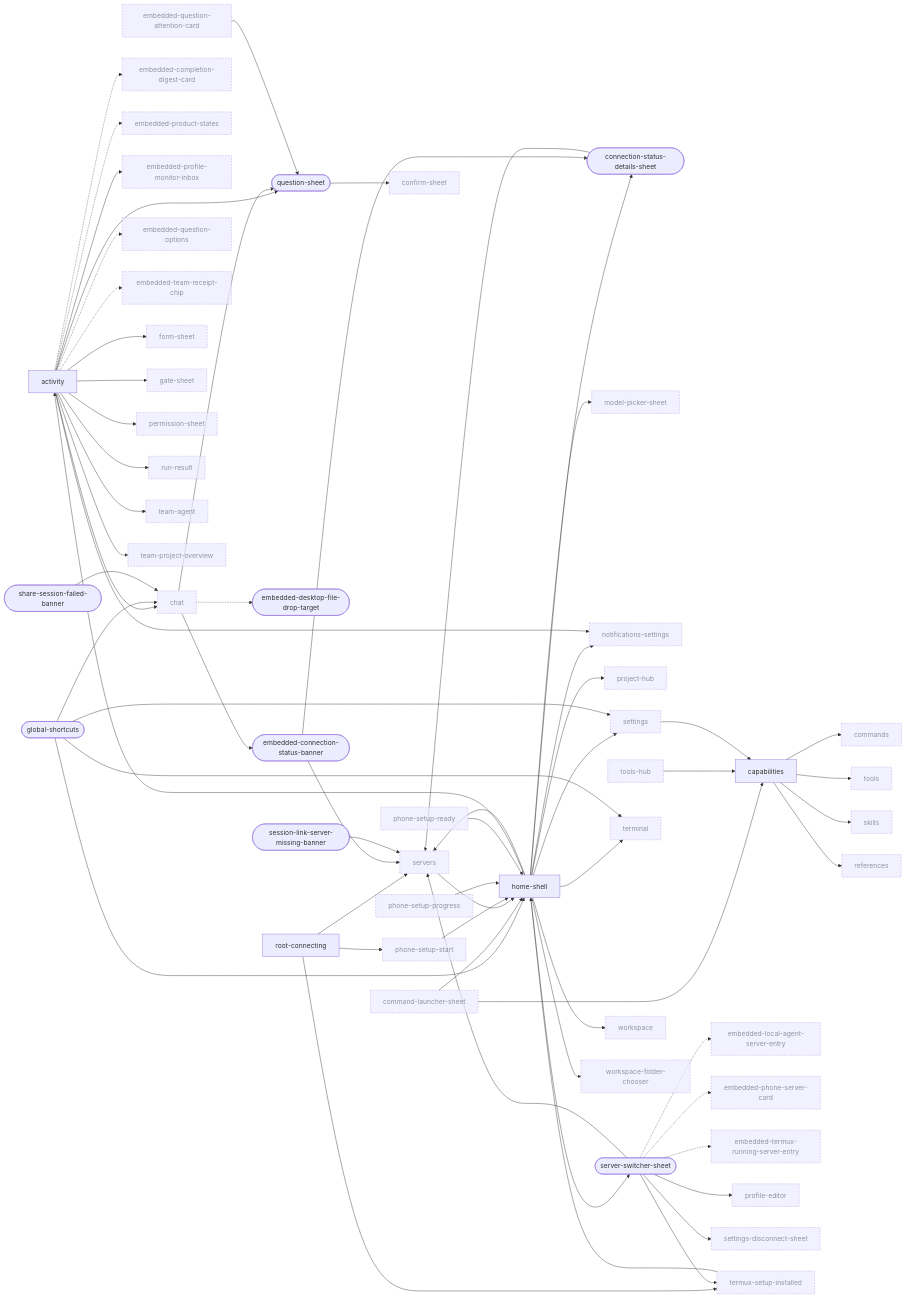
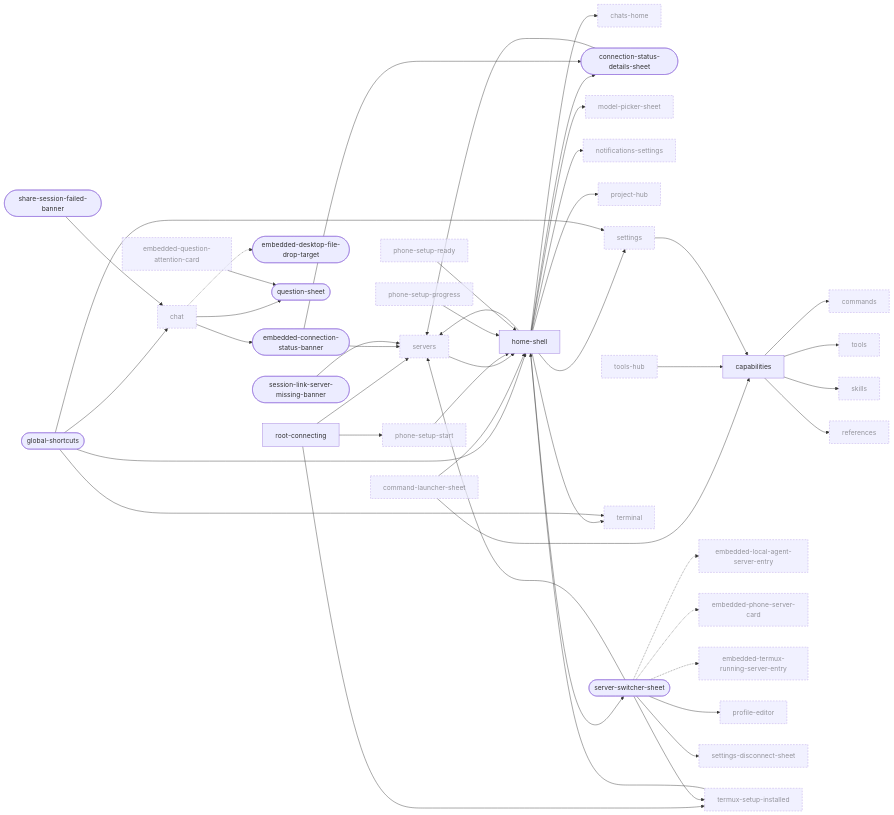
Before and after one commit to Eslamasabry/opencode-mobile-next: the first of 10 diagrams in docs/design/ui-ledger/navigation.md, drawn with Mermaid. The commit also changed other lines of this file and 203 other files, not shown here.

First line of the commit message:
feat(chats-first): Conversations tab wording, one header, Files chip opens the Open a project sheet, Inbox and Work leftovers removed [skip ci]

````diff
--- a/docs/design/ui-ledger/navigation.md
+++ b/docs/design/ui-ledger/navigation.md
@@ -21,30 +20,21 @@
 ```mermaid
 graph LR
-  activity["activity"]
   capabilities["capabilities"]
   chat["chat"]:::ext
+  chats_home["chats-home"]:::ext
   command_launcher_sheet["command-launcher-sheet"]:::ext
   commands["commands"]:::ext
-  confirm_sheet["confirm-sheet"]:::ext
   connection_status_details_sheet(["connection-status-details-sheet"])
-  embedded_completion_digest_card["embedded-completion-digest-card"]:::ext
   embedded_connection_status_banner(["embedded-connection-status-banner"])
   embedded_desktop_file_drop_target(["embedded-desktop-file-drop-target"])
   embedded_local_agent_server_entry["embedded-local-agent-server-entry"]:::ext
   embedded_phone_server_card["embedded-phone-server-card"]:::ext
-  embedded_product_states["embedded-product-states"]:::ext
-  embedded_profile_monitor_inbox["embedded-profile-monitor-inbox"]:::ext
   embedded_question_attention_card["embedded-question-attention-card"]:::ext
-  embedded_question_options["embedded-question-options"]:::ext
-  embedded_team_receipt_chip["embedded-team-receipt-chip"]:::ext
   embedded_termux_running_server_entry["embedded-termux-running-server-entry"]:::ext
-  form_sheet["form-sheet"]:::ext
-  gate_sheet["gate-sheet"]:::ext
   global_shortcuts(["global-shortcuts"])
   home_shell["home-shell"]
   model_picker_sheet["model-picker-sheet"]:::ext
   notifications_settings["notifications-settings"]:::ext
-  permission_sheet["permission-sheet"]:::ext
   phone_setup_progress["phone-setup-progress"]:::ext
   phone_setup_ready["phone-setup-ready"]:::ext
   phone_setup_start["phone-setup-start"]:::ext
@@ -53,7 +43,6 @@
   question_sheet(["question-sheet"])
   references["references"]:::ext
   root_connecting["root-connecting"]
-  run_result["run-result"]:::ext
   server_switcher_sheet(["server-switcher-sheet"])
   servers["servers"]:::ext
   session_link_server_missing_banner(["session-link-server-missing-banner"])
@@ -61,20 +50,15 @@
   settings_disconnect_sheet["settings-disconnect-sheet"]:::ext
   share_session_failed_banner(["share-session-failed-banner"])
   skills["skills"]:::ext
-  team_agent["team-agent"]:::ext
-  team_project_overview["team-project-overview"]:::ext
   terminal["terminal"]:::ext
   termux_setup_installed["termux-setup-installed"]:::ext
   tools["tools"]:::ext
   tools_hub["tools-hub"]:::ext
-  workspace["workspace"]:::ext
-  workspace_folder_chooser["workspace-folder-chooser"]:::ext
   root_connecting --> termux_setup_installed
   root_connecting --> servers
   root_connecting --> phone_setup_start
-  home_shell --> workspace
+  home_shell --> chats_home
   home_shell --> project_hub
-  home_shell --> activity
   home_shell --> settings
   home_shell --> terminal
   home_shell --> server_switcher_sheet
@@ -88,16 +72,6 @@
   connection_status_details_sheet --> servers
   embedded_connection_status_banner --> servers
   embedded_connection_status_banner --> connection_status_details_sheet
-  activity --> notifications_settings
-  activity --> gate_sheet
-  activity --> team_agent
-  activity --> permission_sheet
-  activity --> question_sheet
-  activity --> form_sheet
-  activity --> chat
-  activity --> run_result
-  activity --> team_project_overview
-  question_sheet --> confirm_sheet
   global_shortcuts --> chat
   global_shortcuts --> settings
   global_shortcuts --> terminal
@@ -119,17 +93,11 @@
   phone_setup_progress --> home_shell
   phone_setup_ready --> home_shell
   tools_hub --> capabilities
-  home_shell --> workspace_folder_chooser
   chat -.-> embedded_desktop_file_drop_target
-  activity -.-> embedded_product_states
   settings --> capabilities
-  activity -.-> embedded_question_options
-  activity -.-> embedded_completion_digest_card
-  activity --> embedded_profile_monitor_inbox
   server_switcher_sheet -.-> embedded_termux_running_server_entry
   server_switcher_sheet -.-> embedded_local_agent_server_entry
   server_switcher_sheet -.-> embedded_phone_server_card
-  activity -.-> embedded_team_receipt_chip
   home_shell --> model_picker_sheet
   classDef ext stroke-dasharray: 4 3,opacity:0.7
 ```
````
